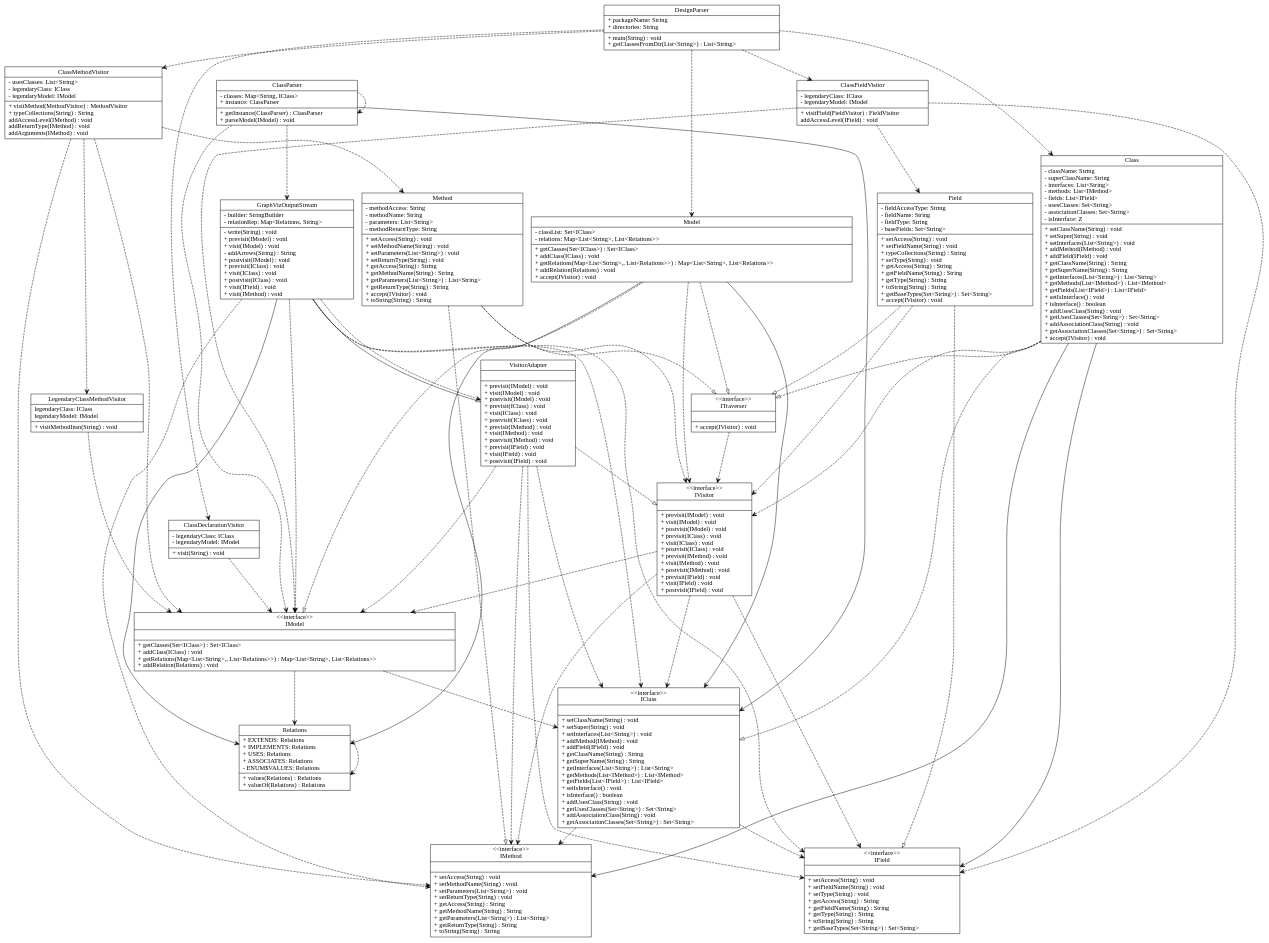
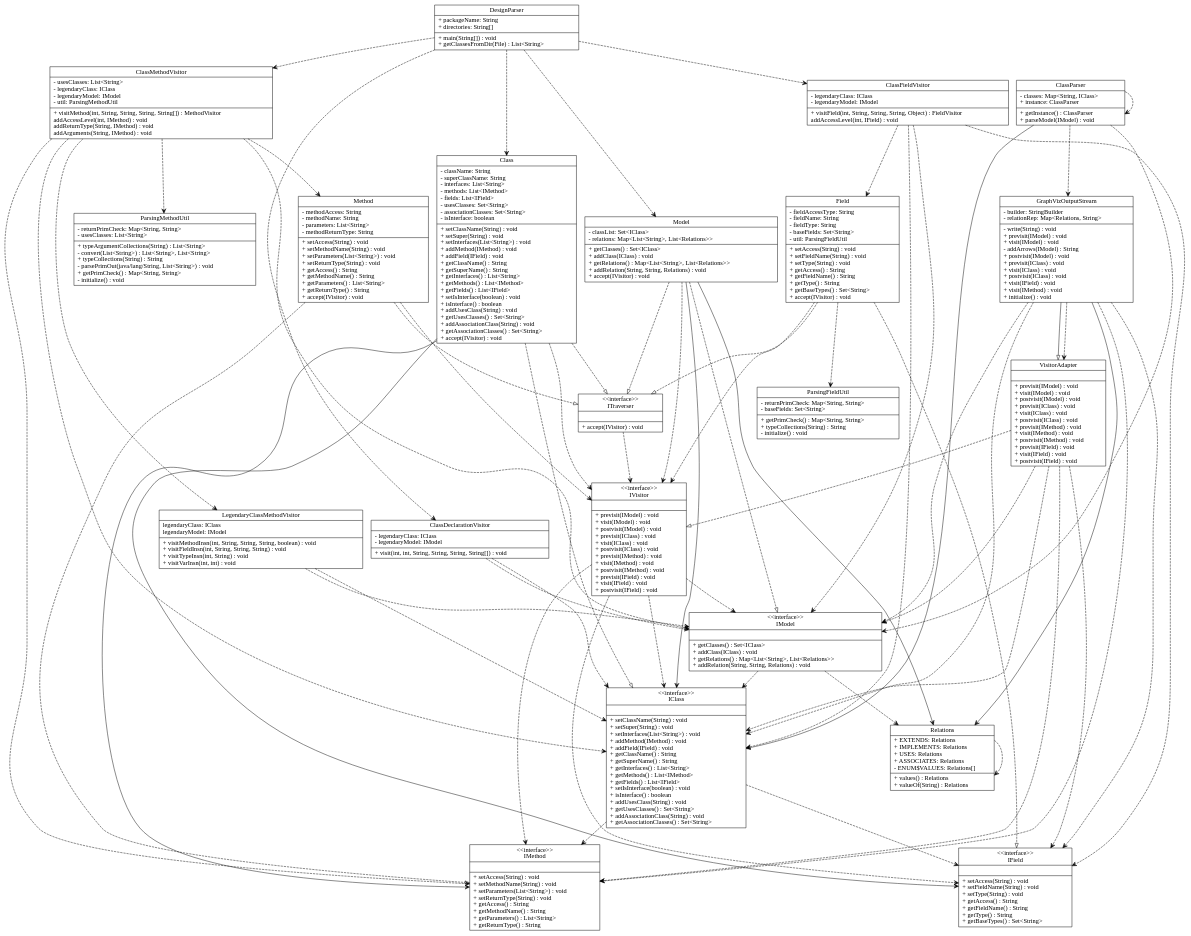
One commit to pastorsj/LegendaryPatterns changed the diagram in input_output/text.dot. Above: the diagram before and after it, drawn with Graphviz. The commit also changed 8 other files, not shown here.

```diff
--- a/input_output/text.dot
+++ b/input_output/text.dot
@@ -11,12 +11,11 @@
 	+ setMethodName(String) : void\l
 	+ setParameters(List\<String\>) : void\l
 	+ setReturnType(String) : void\l
-	+ getAccess(String) : String\l
-	+ getMethodName(String) : String\l
-	+ getParameters(List\<String\>) : List\<String\>\l
-	+ getReturnType(String) : String\l
+	+ getAccess() : String\l
+	+ getMethodName() : String\l
+	+ getParameters() : List\<String\>\l
+	+ getReturnType() : String\l
 	+ accept(IVisitor) : void\l
-	+ toString(String) : String\l
 	}"
 	]
 VisitorAdapter [
@@ -41,8 +40,8 @@
 	- legendaryClass: IClass\l
 	- legendaryModel: IModel\l
 	|
-	+ visitField(FieldVisitor) : FieldVisitor\l
-	 addAccessLevel(IField) : void\l
+	+ visitField(int, String, String, String, Object) : FieldVisitor\l
+	 addAccessLevel(int, IField) : void\l
 	}"
 	]
 Class [
@@ -54,24 +53,24 @@
 	- fields: List\<IField\>\l
 	- usesClasses: Set\<String\>\l
 	- associationClasses: Set\<String\>\l
-	- isInterface: Z\l
+	- isInterface: boolean\l
 	|
 	+ setClassName(String) : void\l
 	+ setSuper(String) : void\l
 	+ setInterfaces(List\<String\>) : void\l
 	+ addMethod(IMethod) : void\l
 	+ addField(IField) : void\l
-	+ getClassName(String) : String\l
-	+ getSuperName(String) : String\l
-	+ getInterfaces(List\<String\>) : List\<String\>\l
-	+ getMethods(List\<IMethod\>) : List\<IMethod\>\l
-	+ getFields(List\<IField\>) : List\<IField\>\l
-	+ setIsInterface() : void\l
+	+ getClassName() : String\l
+	+ getSuperName() : String\l
+	+ getInterfaces() : List\<String\>\l
+	+ getMethods() : List\<IMethod\>\l
+	+ getFields() : List\<IField\>\l
+	+ setIsInterface(boolean) : void\l
 	+ isInterface() : boolean\l
 	+ addUsesClass(String) : void\l
-	+ getUsesClasses(Set\<String\>) : Set\<String\>\l
+	+ getUsesClasses() : Set\<String\>\l
 	+ addAssociationClass(String) : void\l
-	+ getAssociationClasses(Set\<String\>) : Set\<String\>\l
+	+ getAssociationClasses() : Set\<String\>\l
 	+ accept(IVisitor) : void\l
 	}"
 	]
@@ -80,11 +79,34 @@
 	- classList: Set\<IClass\>\l
 	- relations: Map\<List\<String\>, List\<Relations\>\>\l
 	|
-	+ getClasses(Set\<IClass\>) : Set\<IClass\>\l
+	+ getClasses() : Set\<IClass\>\l
 	+ addClass(IClass) : void\l
-	+ getRelations(Map\<List\<String\>,, List\<Relations\>\>) : Map\<List\<String\>, List\<Relations\>\>\l
-	+ addRelation(Relations) : void\l
+	+ getRelations() : Map\<List\<String\>, List\<Relations\>\>\l
+	+ addRelation(String, String, Relations) : void\l
 	+ accept(IVisitor) : void\l
+	}"
+	]
+ParsingMethodUtil [
+	label = "{ParsingMethodUtil|
+	- returnPrimCheck: Map\<String, String\>\l
+	- usesClasses: List\<String\>\l
+	|
+	+ typeArgumentCollections(String) : List\<String\>\l
+	- convert(List\<String\>) : List\<String\>, List\<String\>\l
+	+ typeCollections(String) : String\l
+	- parsePrimOut(java/lang/String, List\<String\>) : void\l
+	+ getPrimCheck() : Map\<String, String\>\l
+	- initialize() : void\l
+	}"
+	]
+ParsingFieldUtil [
+	label = "{ParsingFieldUtil|
+	- returnPrimCheck: Map\<String, String\>\l
+	- baseFields: Set\<String\>\l
+	|
+	+ getPrimCheck() : Map\<String, String\>\l
+	+ typeCollections(String) : String\l
+	- initialize() : void\l
 	}"
 	]
 Field [
@@ -93,16 +115,15 @@
 	- fieldName: String\l
 	- fieldType: String\l
 	- baseFields: Set\<String\>\l
+	- util: ParsingFieldUtil\l
 	|
 	+ setAccess(String) : void\l
 	+ setFieldName(String) : void\l
-	+ typeCollections(String) : String\l
 	+ setType(String) : void\l
-	+ getAccess(String) : String\l
-	+ getFieldName(String) : String\l
-	+ getType(String) : String\l
-	+ toString(String) : String\l
-	+ getBaseTypes(Set\<String\>) : Set\<String\>\l
+	+ getAccess() : String\l
+	+ getFieldName() : String\l
+	+ getType() : String\l
+	+ getBaseTypes() : Set\<String\>\l
 	+ accept(IVisitor) : void\l
 	}"
 	]
@@ -113,11 +134,10 @@
 	+ setMethodName(String) : void\l
 	+ setParameters(List\<String\>) : void\l
 	+ setReturnType(String) : void\l
-	+ getAccess(String) : String\l
-	+ getMethodName(String) : String\l
-	+ getParameters(List\<String\>) : List\<String\>\l
-	+ getReturnType(String) : String\l
-	+ toString(String) : String\l
+	+ getAccess() : String\l
+	+ getMethodName() : String\l
+	+ getParameters() : List\<String\>\l
+	+ getReturnType() : String\l
 	}"
 	]
 Relations [
@@ -126,10 +146,10 @@
 	+ IMPLEMENTS: Relations\l
 	+ USES: Relations\l
 	+ ASSOCIATES: Relations\l
-	- ENUM$VALUES: Relations\l
+	- ENUM$VALUES: Relations[]\l
 	|
-	+ values(Relations) : Relations\l
-	+ valueOf(Relations) : Relations\l
+	+ values() : Relations\l
+	+ valueOf(String) : Relations\l
 	}"
 	]
 GraphVizOutputStream [
@@ -140,13 +160,14 @@
 	- write(String) : void\l
 	+ previsit(IModel) : void\l
 	+ visit(IModel) : void\l
-	- addArrows(String) : String\l
+	- addArrows(IModel) : String\l
 	+ postvisit(IModel) : void\l
 	+ previsit(IClass) : void\l
 	+ visit(IClass) : void\l
 	+ postvisit(IClass) : void\l
 	+ visit(IField) : void\l
 	+ visit(IMethod) : void\l
+	+ initialize() : void\l
 	}"
 	]
 IClass [
@@ -157,17 +178,17 @@
 	+ setInterfaces(List\<String\>) : void\l
 	+ addMethod(IMethod) : void\l
 	+ addField(IField) : void\l
-	+ getClassName(String) : String\l
-	+ getSuperName(String) : String\l
-	+ getInterfaces(List\<String\>) : List\<String\>\l
-	+ getMethods(List\<IMethod\>) : List\<IMethod\>\l
-	+ getFields(List\<IField\>) : List\<IField\>\l
-	+ setIsInterface() : void\l
+	+ getClassName() : String\l
+	+ getSuperName() : String\l
+	+ getInterfaces() : List\<String\>\l
+	+ getMethods() : List\<IMethod\>\l
+	+ getFields() : List\<IField\>\l
+	+ setIsInterface(boolean) : void\l
 	+ isInterface() : boolean\l
 	+ addUsesClass(String) : void\l
-	+ getUsesClasses(Set\<String\>) : Set\<String\>\l
+	+ getUsesClasses() : Set\<String\>\l
 	+ addAssociationClass(String) : void\l
-	+ getAssociationClasses(Set\<String\>) : Set\<String\>\l
+	+ getAssociationClasses() : Set\<String\>\l
 	}"
 	]
 IField [
@@ -176,11 +197,10 @@
 	+ setAccess(String) : void\l
 	+ setFieldName(String) : void\l
 	+ setType(String) : void\l
-	+ getAccess(String) : String\l
-	+ getFieldName(String) : String\l
-	+ getType(String) : String\l
-	+ toString(String) : String\l
-	+ getBaseTypes(Set\<String\>) : Set\<String\>\l
+	+ getAccess() : String\l
+	+ getFieldName() : String\l
+	+ getType() : String\l
+	+ getBaseTypes() : Set\<String\>\l
 	}"
 	]
 ClassMethodVisitor [
@@ -188,12 +208,12 @@
 	- usesClasses: List\<String\>\l
 	- legendaryClass: IClass\l
 	- legendaryModel: IModel\l
+	- util: ParsingMethodUtil\l
 	|
-	+ visitMethod(MethodVisitor) : MethodVisitor\l
-	+ typeCollections(String) : String\l
-	 addAccessLevel(IMethod) : void\l
-	 addReturnType(IMethod) : void\l
-	 addArguments(IMethod) : void\l
+	+ visitMethod(int, String, String, String, String[]) : MethodVisitor\l
+	 addAccessLevel(int, IMethod) : void\l
+	 addReturnType(String, IMethod) : void\l
+	 addArguments(String, IMethod) : void\l
 	}"
 	]
 ClassDeclarationVisitor [
@@ -201,7 +221,7 @@
 	- legendaryClass: IClass\l
 	- legendaryModel: IModel\l
 	|
-	+ visit(String) : void\l
+	+ visit(int, int, String, String, String, String[]) : void\l
 	}"
 	]
 LegendaryClassMethodVisitor [
@@ -209,7 +229,10 @@
 	 legendaryClass: IClass\l
 	 legendaryModel: IModel\l
 	|
-	+ visitMethodInsn(String) : void\l
+	+ visitMethodInsn(int, String, String, String, boolean) : void\l
+	+ visitFieldInsn(int, String, String, String) : void\l
+	+ visitTypeInsn(int, String) : void\l
+	+ visitVarInsn(int, int) : void\l
 	}"
 	]
 IVisitor [
@@ -232,10 +255,10 @@
 IModel [
 	label = "{\<\<interface\>\>\nIModel|
 	|
-	+ getClasses(Set\<IClass\>) : Set\<IClass\>\l
+	+ getClasses() : Set\<IClass\>\l
 	+ addClass(IClass) : void\l
-	+ getRelations(Map\<List\<String\>,, List\<Relations\>\>) : Map\<List\<String\>, List\<Relations\>\>\l
-	+ addRelation(Relations) : void\l
+	+ getRelations() : Map\<List\<String\>, List\<Relations\>\>\l
+	+ addRelation(String, String, Relations) : void\l
 	}"
 	]
 ITraverser [
@@ -247,10 +270,10 @@
 DesignParser [
 	label = "{DesignParser|
 	+ packageName: String\l
-	+ directories: String\l
+	+ directories: String[]\l
 	|
-	+ main(String) : void\l
-	+ getClassesFromDir(List\<String\>) : List\<String\>\l
+	+ main(String[]) : void\l
+	+ getClassesFromDir(File) : List\<String\>\l
 	}"
 	]
 ClassParser [
@@ -258,7 +281,7 @@
 	- classes: Map\<String, IClass\>\l
 	+ instance: ClassParser\l
 	|
-	+ getInstance(ClassParser) : ClassParser\l
+	+ getInstance() : ClassParser\l
 	+ parseModel(IModel) : void\l
 	}"
 	]
@@ -299,6 +322,8 @@
 	edge [style = "solid"] [arrowhead = "open"]
 	GraphVizOutputStream->Relations
 	edge [style = "dashed"] [arrowhead = "open"]
+	ClassMethodVisitor->ParsingMethodUtil
+	edge [style = "dashed"] [arrowhead = "open"]
 	GraphVizOutputStream->IField
 	edge [style = "dashed"] [arrowhead = "empty"]
 	Model->ITraverser
@@ -308,6 +333,8 @@
 GraphVizOutputStream->VisitorAdapter
 	edge [style = "dashed"] [arrowhead = "open"]
 	GraphVizOutputStream->VisitorAdapter
+	edge [style = "dashed"] [arrowhead = "open"]
+	ClassMethodVisitor->IClass
 	edge [style = "dashed"] [arrowhead = "open"]
 	DesignParser->ClassFieldVisitor
 	edge [style = "solid"] [arrowhead = "open"]
@@ -342,6 +369,8 @@
 	Method->IVisitor
 	edge [style = "dashed"] [arrowhead = "open"]
 	ClassParser->ClassParser
+	edge [style = "dashed"] [arrowhead = "open"]
+	ClassDeclarationVisitor->IClass
 	edge [style = "solid"] [arrowhead = "open"]
 	Class->IMethod
 	edge [style = "dashed"] [arrowhead = "open"]
@@ -353,15 +382,21 @@
 	edge [style = "dashed"] [arrowhead = "open"]
 	ClassParser->GraphVizOutputStream
 	edge [style = "dashed"] [arrowhead = "open"]
+	ClassFieldVisitor->IClass
+	edge [style = "dashed"] [arrowhead = "open"]
 	GraphVizOutputStream->IClass
 	edge [style = "dashed"] [arrowhead = "open"]
 	GraphVizOutputStream->IMethod
 	edge [style = "dashed"] [arrowhead = "open"]
 	LegendaryClassMethodVisitor->IModel
 	edge [style = "dashed"] [arrowhead = "open"]
+	LegendaryClassMethodVisitor->IClass
+	edge [style = "dashed"] [arrowhead = "open"]
 	IModel->IClass
 	edge [style = "dashed"] [arrowhead = "open"]
 	ITraverser->IVisitor
+	edge [style = "dashed"] [arrowhead = "open"]
+	Field->ParsingFieldUtil
 	edge [style = "dashed"] [arrowhead = "empty"]
 	Method->ITraverser
 	edge [style = "dashed"] [arrowhead = "open"]
```
